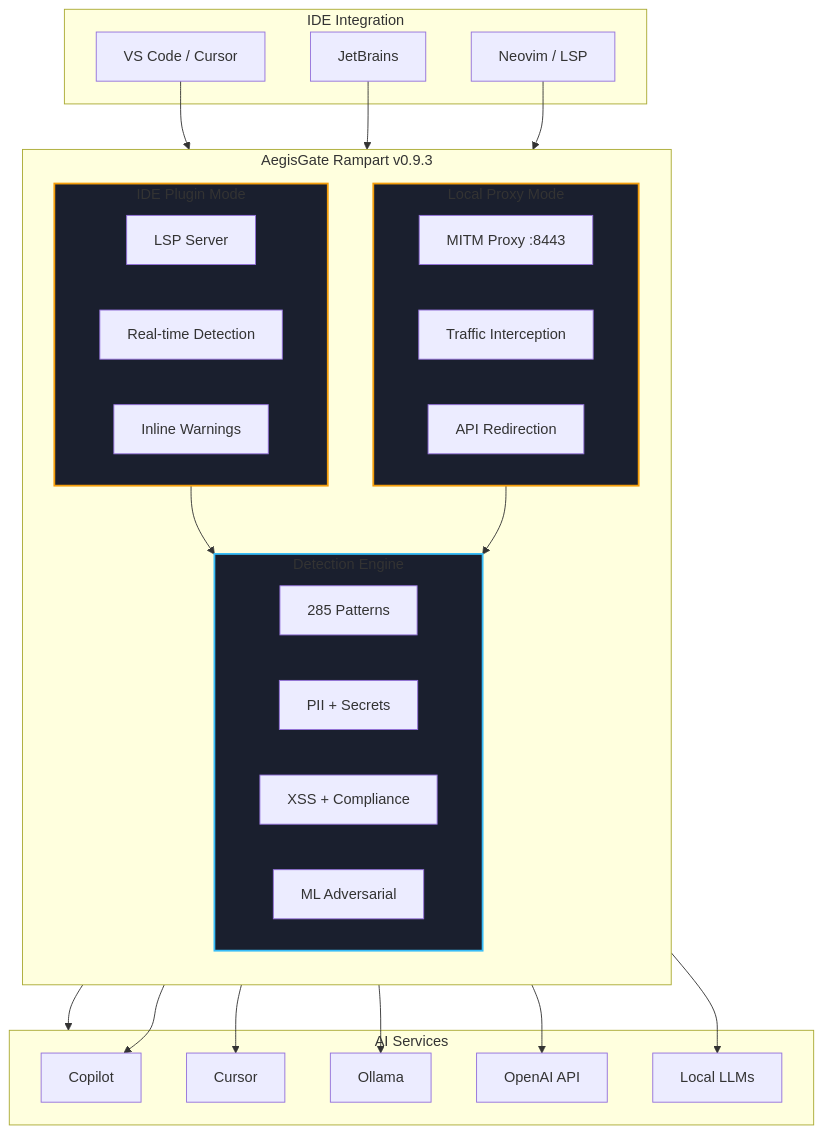
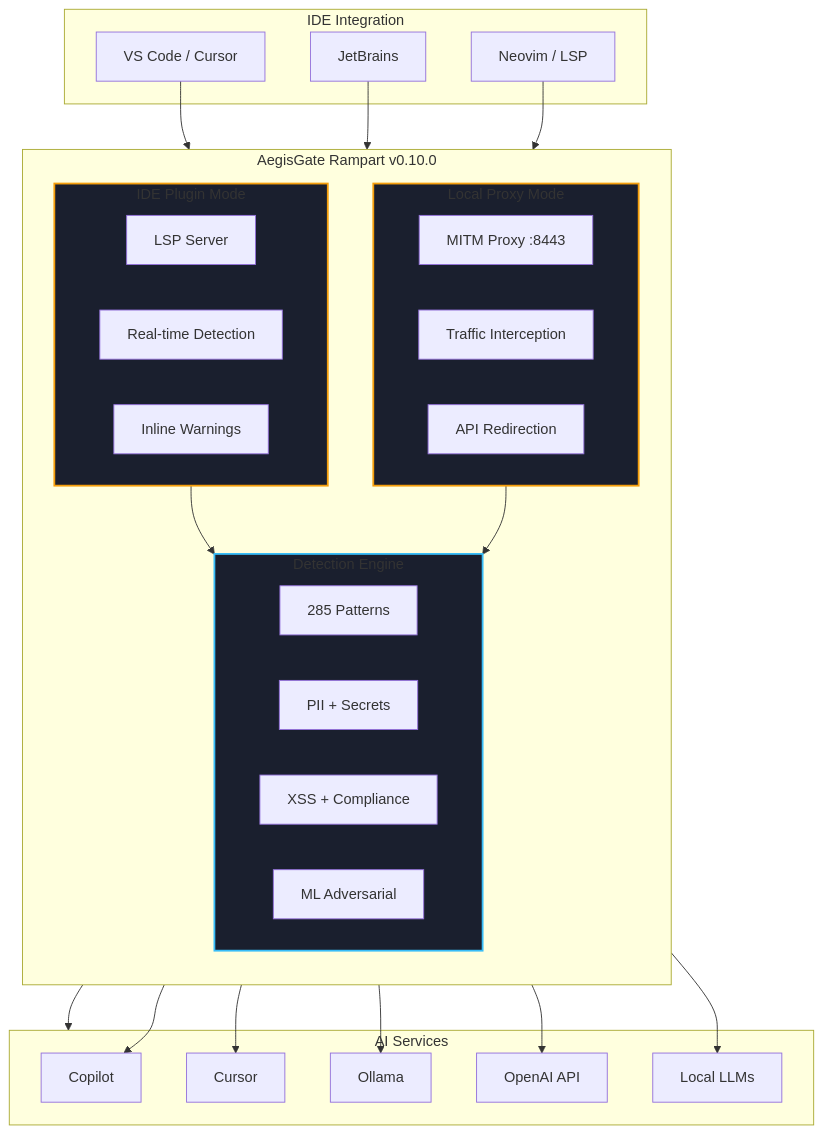
The first of 3 diagrams in content/rampart/_index.md (aegisgatesecurity/aegisgate-site), drawn with Mermaid before and after one commit. The commit also changed other lines of this file and 14 other files, not shown here.

```diff
--- a/content/rampart/_index.md
+++ b/content/rampart/_index.md
@@ -77,57 +77,57 @@
 {{< mermaid >}}
 flowchart TD
     subgraph IDE["IDE Integration"]
         VS[VS Code / Cursor]
         JB[JetBrains]
         NV[Neovim / LSP]
     end
 
-    subgraph Rampart["AegisGate Rampart v0.9.3"]
+    subgraph Rampart["AegisGate Rampart v0.10.0"]
         direction TB
         
         subgraph PluginMode["IDE Plugin Mode"]
             PM1[LSP Server]
             PM2[Real-time Detection]
             PM3[Inline Warnings]
         end
         
         subgraph ProxyMode["Local Proxy Mode"]
             PX1[MITM Proxy :8443]
             PX2[Traffic Interception]
             PX3[API Redirection]
         end
         
         subgraph Engine["Detection Engine"]
             E1[285 Patterns]
             E2[PII + Secrets]
             E3[XSS + Compliance]
             E4[ML Adversarial]
         end
     end
 
     subgraph AI["AI Services"]
         A[Copilot]
         B[Cursor]
         C[Ollama]
         D[OpenAI API]
         E[Local LLMs]
     end
 
     VS --> PluginMode
     JB --> PluginMode
     NV --> PluginMode
     
     PluginMode --> Engine
     ProxyMode --> Engine
     
     PluginMode --> AI
     ProxyMode --> A
     ProxyMode --> B
     ProxyMode --> C
     ProxyMode --> D
     ProxyMode --> E
 
     style PluginMode fill:#1a1f2e,stroke:#f59e0b,stroke-width:2px
     style ProxyMode fill:#1a1f2e,stroke:#f59e0b,stroke-width:2px
     style Engine fill:#1a1f2e,stroke:#38bdf8,stroke-width:2px
 {{< /mermaid >}}
```
